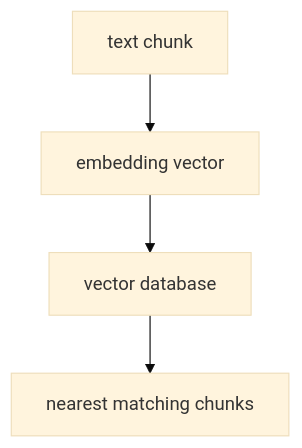
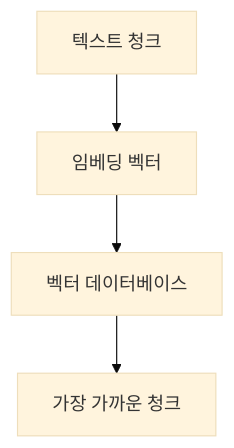
Before and after one commit to devchan64/AiBook: the diagram in docs/assets/part-06/chapter-11/p6-c11-s01-diagram-01-ko.mmd, drawn with Mermaid (base theme). The commit also changed 139 other files, not shown here.

Commit message:
part6: expand beginner examples and diagram updates

```diff
--- a/docs/assets/part-06/chapter-11/p6-c11-s01-diagram-01-ko.mmd
+++ b/docs/assets/part-06/chapter-11/p6-c11-s01-diagram-01-ko.mmd
@@ -1,9 +1,9 @@
 flowchart TD
-  A["text chunk"]
-  B["embedding vector"]
-  C["vector database"]
-  D["nearest matching chunks"]
+  A["텍스트 청크"]
+  B["임베딩 벡터"]
+  C["벡터 데이터베이스"]
+  D["가장 가까운 청크"]
 
   A --> B
   B --> C
   C --> D
```
